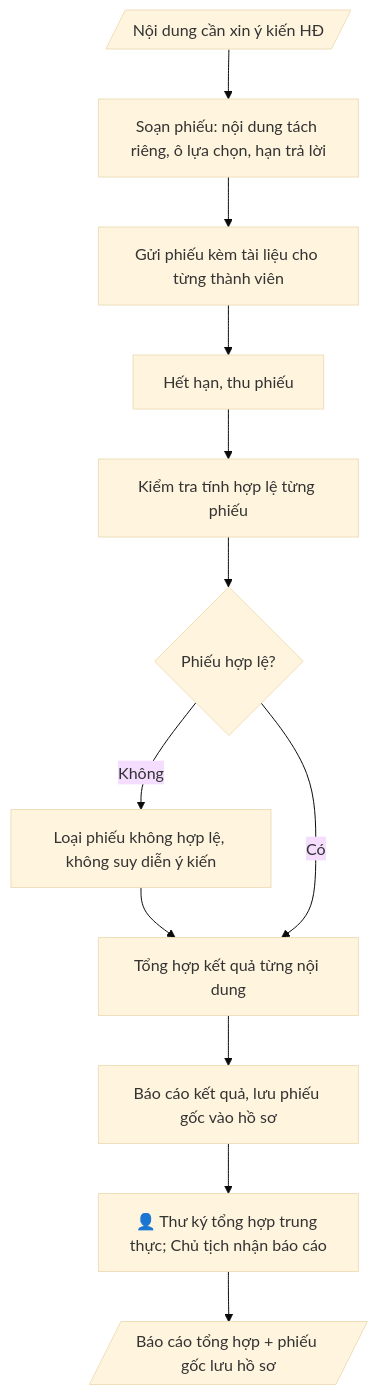
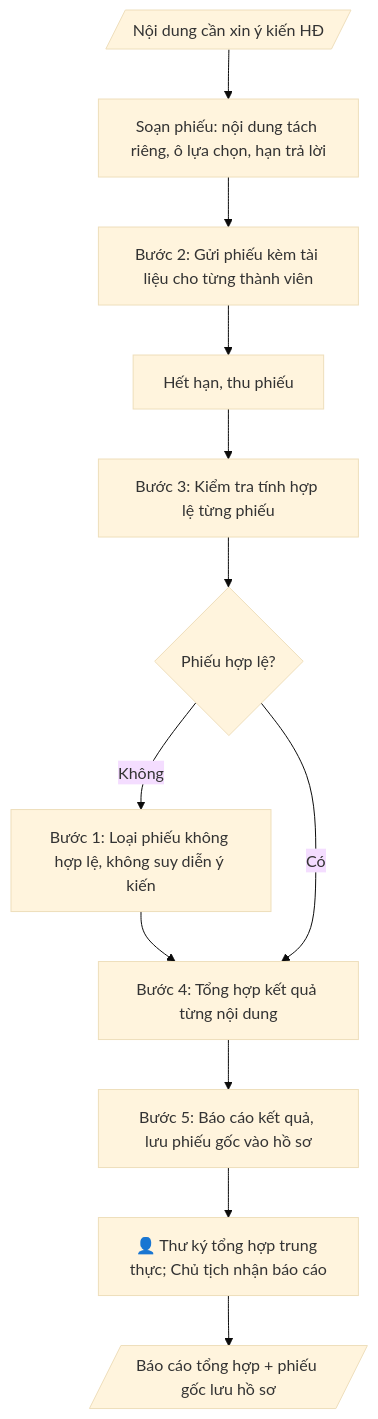
The diagram in skills/phieu-lay-y-kien-hoi-dong/SKILL.md (phamtruong91/dh-skills), drawn with Mermaid (base theme) before and after one commit. The commit also changed 124 other files, not shown here.

First line of the commit message:
Khôi phục quy trình đầy đủ cho 58 skill bị rút gọn (nghiệp vụ gốc + ràng buộc pháp lý từ phap-ly.md)

````diff
--- a/skills/phieu-lay-y-kien-hoi-dong/SKILL.md
+++ b/skills/phieu-lay-y-kien-hoi-dong/SKILL.md
@@ -75,18 +75,18 @@
 ```mermaid
 flowchart TD
     A[/"Nội dung cần xin ý kiến HĐ"/]
     B["Soạn phiếu: nội dung tách riêng, ô lựa chọn, hạn trả lời"]
-    C["Gửi phiếu kèm tài liệu cho từng thành viên"]
+    C["Bước 2: Gửi phiếu kèm tài liệu cho từng thành viên"]
     D["Hết hạn, thu phiếu"]
-    E["Kiểm tra tính hợp lệ từng phiếu"]
+    E["Bước 3: Kiểm tra tính hợp lệ từng phiếu"]
     F{"Phiếu hợp lệ?"}
-    G["Loại phiếu không hợp lệ, không suy diễn ý kiến"]
-    H["Tổng hợp kết quả từng nội dung"]
-    I["Báo cáo kết quả, lưu phiếu gốc vào hồ sơ"]
+    G["Bước 1: Loại phiếu không hợp lệ, không suy diễn ý kiến"]
+    H["Bước 4: Tổng hợp kết quả từng nội dung"]
+    I["Bước 5: Báo cáo kết quả, lưu phiếu gốc vào hồ sơ"]
     HG["👤 Thư ký tổng hợp trung thực; Chủ tịch nhận báo cáo"]
     J[/"Báo cáo tổng hợp + phiếu gốc lưu hồ sơ"/]
     A --> B --> C --> D --> E --> F
     F -->|Không| G --> H
     F -->|Có| H
     H --> I --> HG --> J
 ```
````
